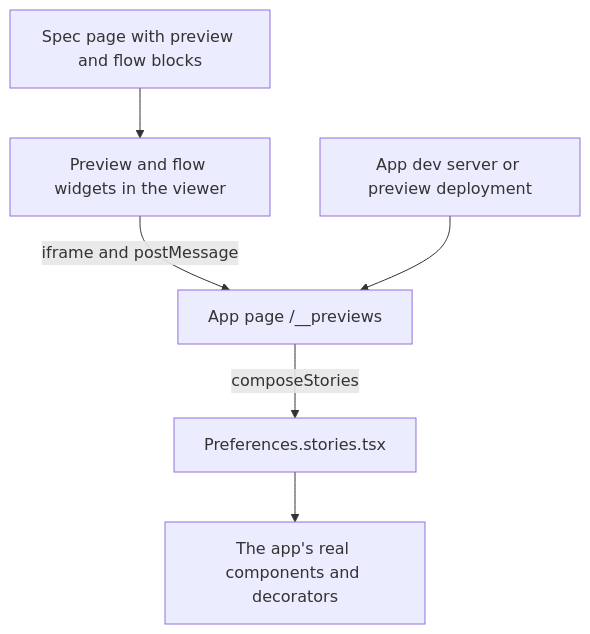
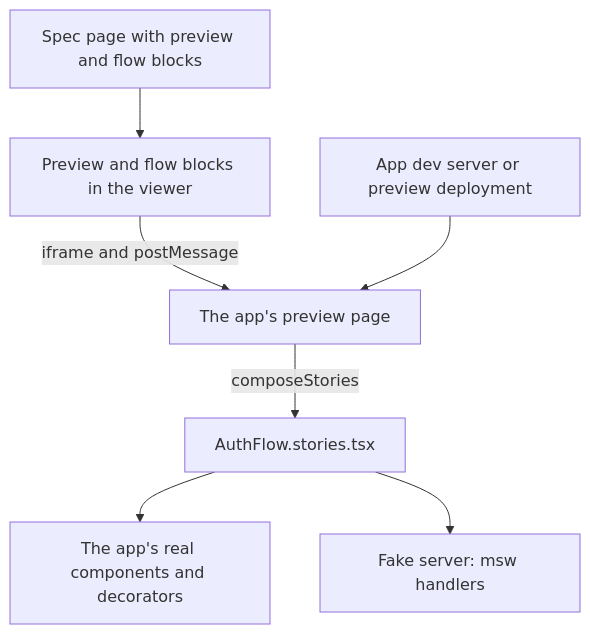
Before and after one commit to tanishqkancharla/diffmap: the diagram in .diffmap/specs/ui-previews/README.md, drawn with Mermaid. The commit also changed other lines of this file and 10 other files, not shown here.

First line of the commit message:
Spec: rewrite UI previews around logging in; mark Phases 2-5 done

````diff
--- a/.diffmap/specs/ui-previews/README.md
+++ b/.diffmap/specs/ui-previews/README.md
@@ -20,9 +33,10 @@
 ```mermaid [The viewer draws the controls; the app renders the stories]
 flowchart TD
-    S[Spec page with preview and flow blocks] --> W[Preview and flow widgets in the viewer]
-    W -->|iframe and postMessage| R[App page /__previews]
-    R -->|composeStories| F[Preferences.stories.tsx]
+    S[Spec page with preview and flow blocks] --> W[Preview and flow blocks in the viewer]
+    W -->|iframe and postMessage| R[The app's preview page]
+    R -->|composeStories| F[AuthFlow.stories.tsx]
     F --> C[The app's real components and decorators]
+    F --> M[Fake server: msw handlers]
     D[App dev server or preview deployment] --> R
     %% ref node:W [[src/viewer/Fence.tsx#Fence]]
 ```
````
